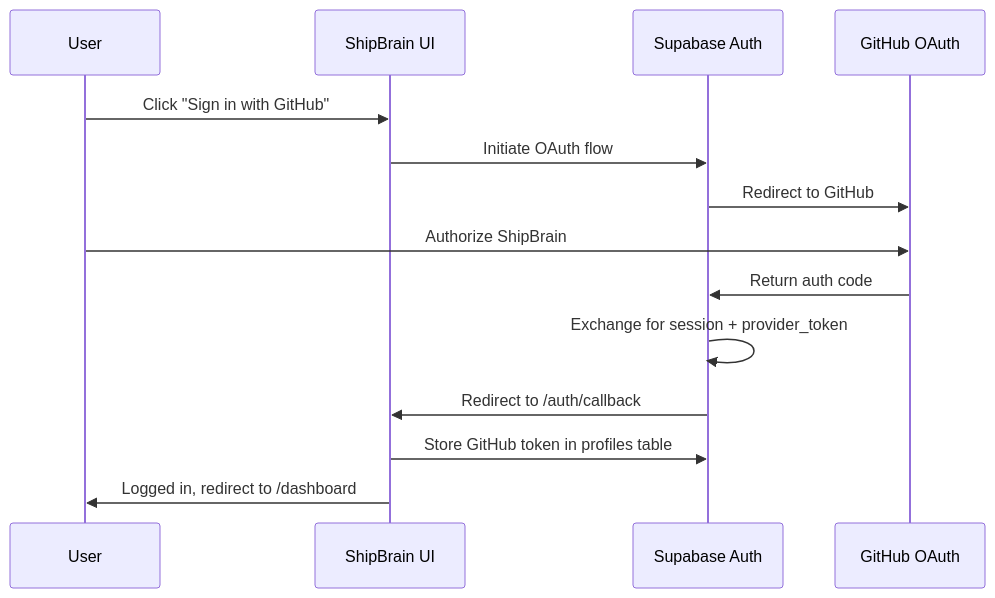
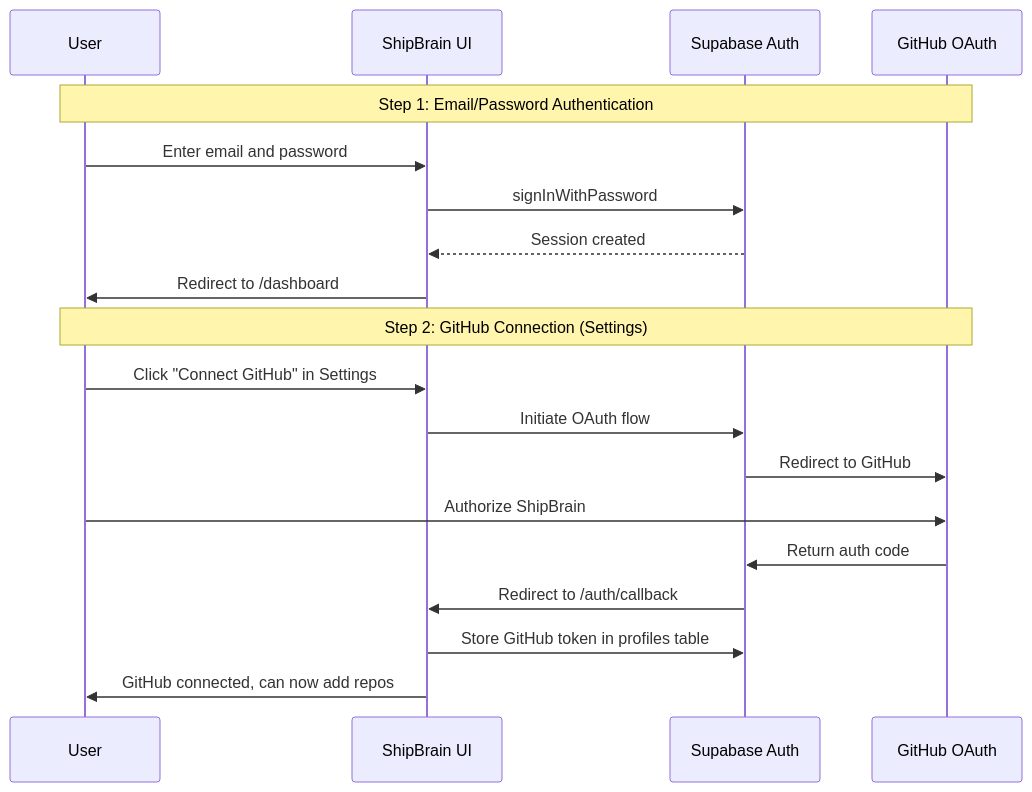
Diagram 18 of 19 in SHIPBRAIN_PRD_FINAL.md (JeevantheDev/ShipBrain), drawn with Mermaid before and after one commit. The commit also changed other lines of this file, not shown here.

````diff
--- a/SHIPBRAIN_PRD_FINAL.md
+++ b/SHIPBRAIN_PRD_FINAL.md
@@ -730,17 +779,23 @@
 ```mermaid
 sequenceDiagram
     participant U as User
     participant UI as ShipBrain UI
     participant SB as Supabase Auth
     participant GH as GitHub OAuth
 
-    U->>UI: Click "Sign in with GitHub"
+    Note over U,GH: Step 1: Email/Password Authentication
+    U->>UI: Enter email and password
+    UI->>SB: signInWithPassword
+    SB-->>UI: Session created
+    UI->>U: Redirect to /dashboard
+
+    Note over U,GH: Step 2: GitHub Connection (Settings)
+    U->>UI: Click "Connect GitHub" in Settings
     UI->>SB: Initiate OAuth flow
     SB->>GH: Redirect to GitHub
     U->>GH: Authorize ShipBrain
     GH->>SB: Return auth code
-    SB->>SB: Exchange for session + provider_token
     SB->>UI: Redirect to /auth/callback
     UI->>SB: Store GitHub token in profiles table
-    UI->>U: Logged in, redirect to /dashboard
+    UI->>U: GitHub connected, can now add repos
 ```
````
